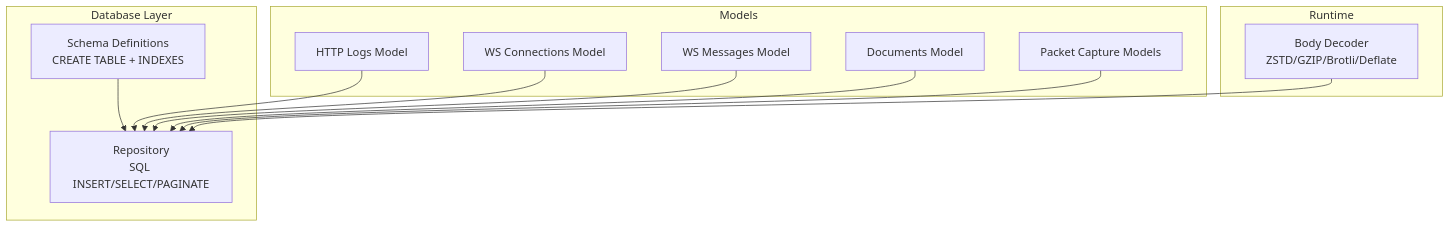
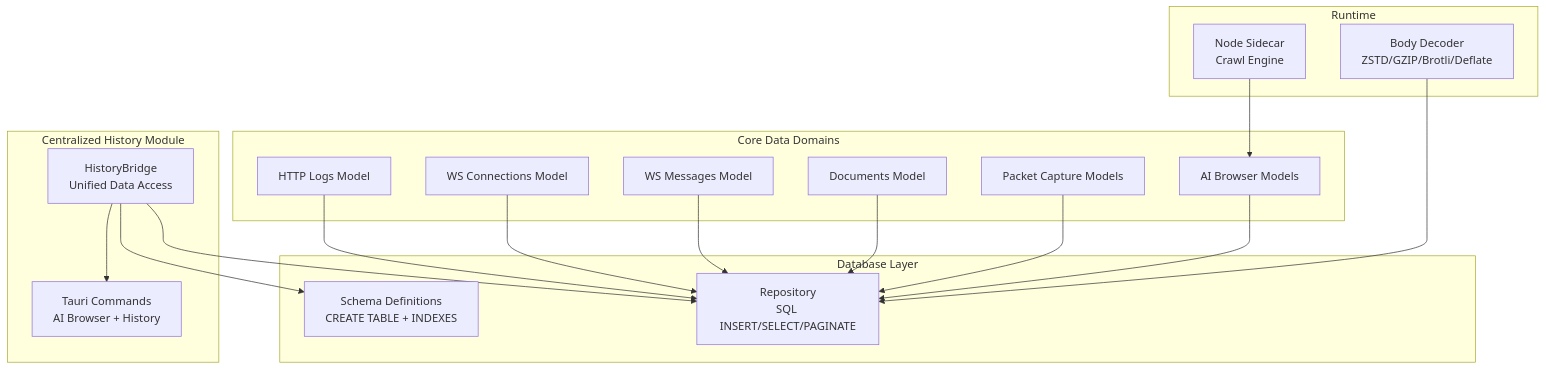
Before and after one commit to arhamymr/hexbuffer: the first of 8 diagrams in .qoder/repowiki/en/content/Database Design/Database Design.md, drawn with Mermaid. The commit also changed other lines of this file and 21 other files, not shown here.

````diff
--- a/.qoder/repowiki/en/content/Database Design/Database Design.md
+++ b/.qoder/repowiki/en/content/Database Design/Database Design.md
@@ -41,24 +55,34 @@
 ```mermaid
 graph TB
+subgraph "Centralized History Module"
+HISTORY["HistoryBridge<br/>Unified Data Access"]
+ENDPOINTS["Tauri Commands<br/>AI Browser + History"]
+end
 subgraph "Database Layer"
 SCHEMA["Schema Definitions<br/>CREATE TABLE + INDEXES"]
 REPO["Repository<br/>SQL INSERT/SELECT/PAGINATE"]
 end
-subgraph "Models"
+subgraph "Core Data Domains"
 HTTP["HTTP Logs Model"]
 WS_CONN["WS Connections Model"]
 WS_MSG["WS Messages Model"]
 DOC["Documents Model"]
 PKT["Packet Capture Models"]
+AIB["AI Browser Models"]
 end
 subgraph "Runtime"
 DEC["Body Decoder<br/>ZSTD/GZIP/Brotli/Deflate"]
+SIDE["Node Sidecar<br/>Crawl Engine"]
 end
-SCHEMA --> REPO
+HISTORY --> ENDPOINTS
+HISTORY --> SCHEMA
+HISTORY --> REPO
 HTTP --> REPO
 WS_CONN --> REPO
 WS_MSG --> REPO
 DOC --> REPO
 PKT --> REPO
+AIB --> REPO
+SIDE --> AIB
 DEC --> REPO
 ```
````
